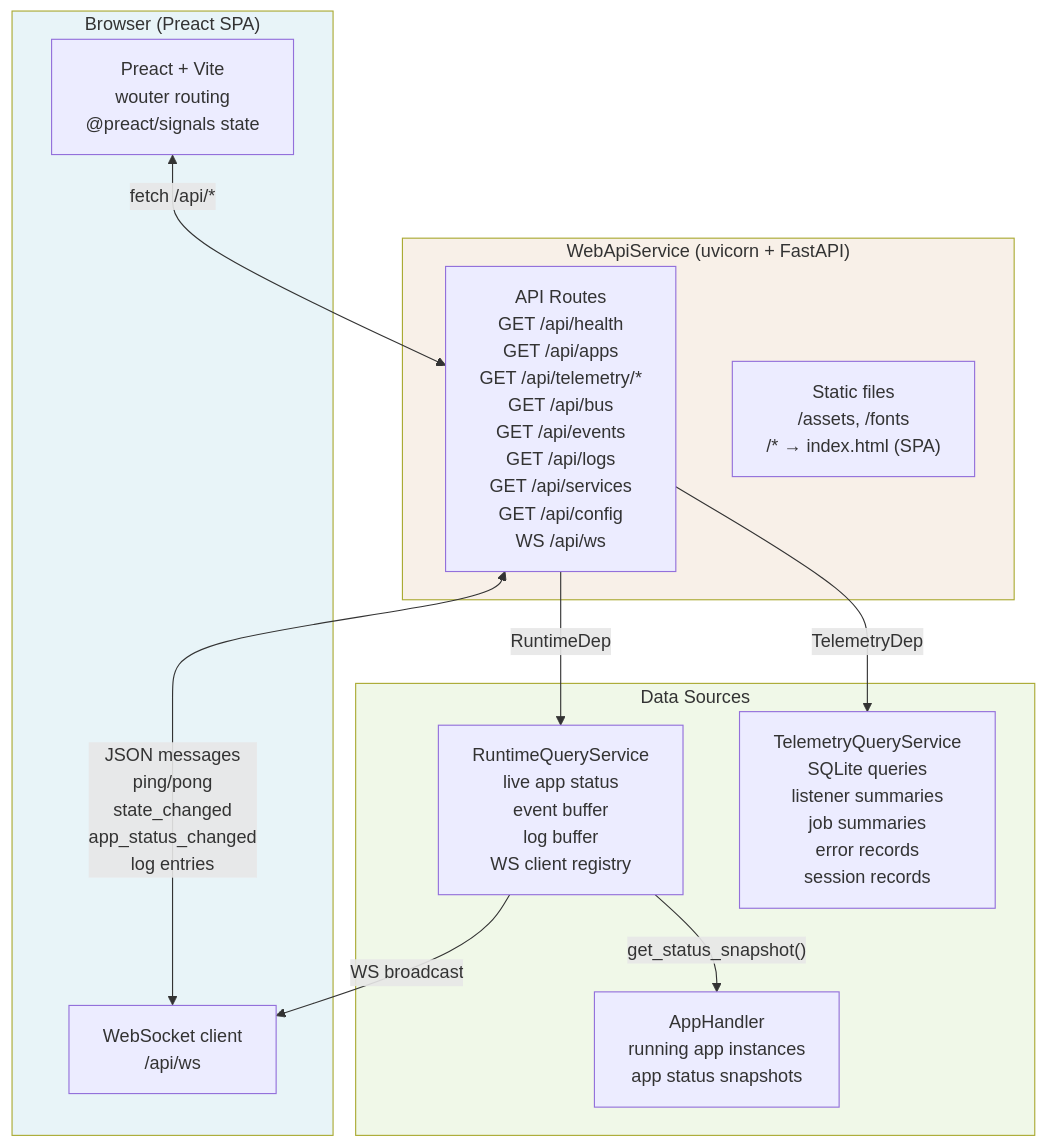
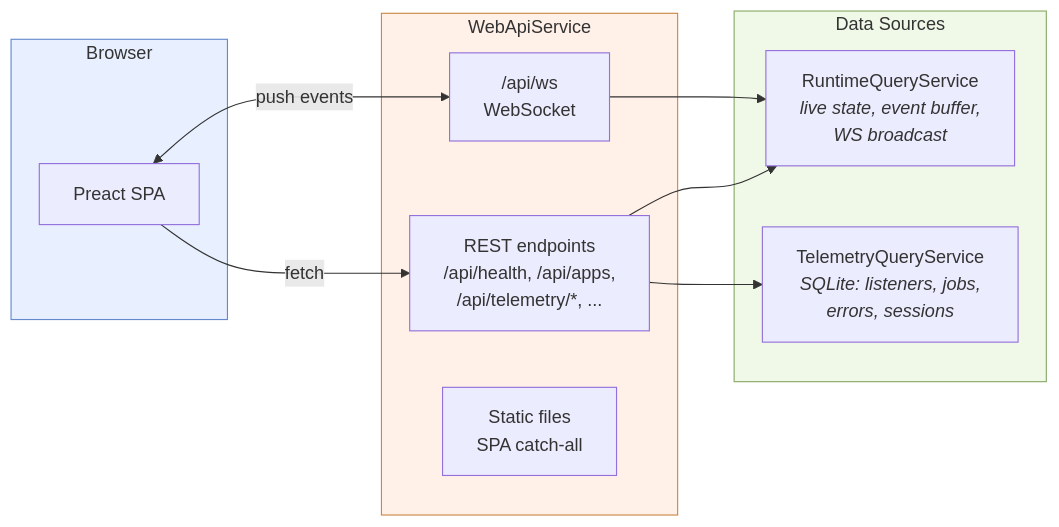
The ninth of 10 diagrams in docs/pages/core-concepts/internals.md (NodeJSmith/hassette), drawn with Mermaid before and after one commit. The commit also changed other lines of this file, not shown here.

First line of the commit message:
docs: rework all architecture diagrams for readability

````diff
--- a/docs/pages/core-concepts/internals.md
+++ b/docs/pages/core-concepts/internals.md
@@ -419,32 +409,29 @@
 ```mermaid
-flowchart TD
-    accTitle: Web and UI Layer
-    accDescr: How the web server, routes, and frontend SPA connect to framework internals
+flowchart LR
+    accTitle: Web Layer
+    accDescr: How the frontend connects to backend data sources
 
-    subgraph browser["Browser (Preact SPA)"]
-        SPA["Preact + Vite\nwouter routing\n@preact/signals state"]
-        WSFE["WebSocket client\n/api/ws"]
+    subgraph browser["Browser"]
+        SPA["Preact SPA"]
     end
 
-    subgraph server["WebApiService (uvicorn + FastAPI)"]
-        Routes["API Routes\nGET /api/health\nGET /api/apps\nGET /api/telemetry/*\nGET /api/bus\nGET /api/events\nGET /api/logs\nGET /api/services\nGET /api/config\nWS  /api/ws"]
-        Static["Static files\n/assets, /fonts\n/* → index.html (SPA)"]
+    subgraph server["WebApiService"]
+        rest["REST endpoints<br/>/api/health, /api/apps,<br/>/api/telemetry/*, ..."]
+        ws["/api/ws<br/>WebSocket"]
+        static["Static files<br/>SPA catch-all"]
     end
 
-    subgraph datasources["Data Sources"]
-        RQS["RuntimeQueryService\nlive app status\nevent buffer\nlog buffer\nWS client registry"]
-        TQS["TelemetryQueryService\nSQLite queries\nlistener summaries\njob summaries\nerror records\nsession records"]
-        AppH2["AppHandler\nrunning app instances\napp status snapshots"]
+    subgraph data["Data Sources"]
+        RQS["RuntimeQueryService<br/><i>live state, event buffer,<br/>WS broadcast</i>"]
+        TQS["TelemetryQueryService<br/><i>SQLite: listeners, jobs,<br/>errors, sessions</i>"]
     end
 
-    SPA <-->|"fetch /api/*"| Routes
-    WSFE <-->|"JSON messages\nping/pong\nstate_changed\napp_status_changed\nlog entries"| Routes
-    Routes -->|"RuntimeDep"| RQS
-    Routes -->|"TelemetryDep"| TQS
-    RQS -->|"get_status_snapshot()"| AppH2
-    RQS -->|"WS broadcast"| WSFE
+    SPA -- "fetch" --> rest
+    SPA <-- "push events" --> ws
+    rest --> RQS & TQS
+    ws --> RQS
 
-    style browser fill:#e8f4f8
-    style server fill:#f8f0e8
-    style datasources fill:#f0f8e8
+    style browser fill:#e8f0ff,stroke:#6688cc
+    style server fill:#fff0e8,stroke:#cc8844
+    style data fill:#f0f8e8,stroke:#88aa66
 ```
````
